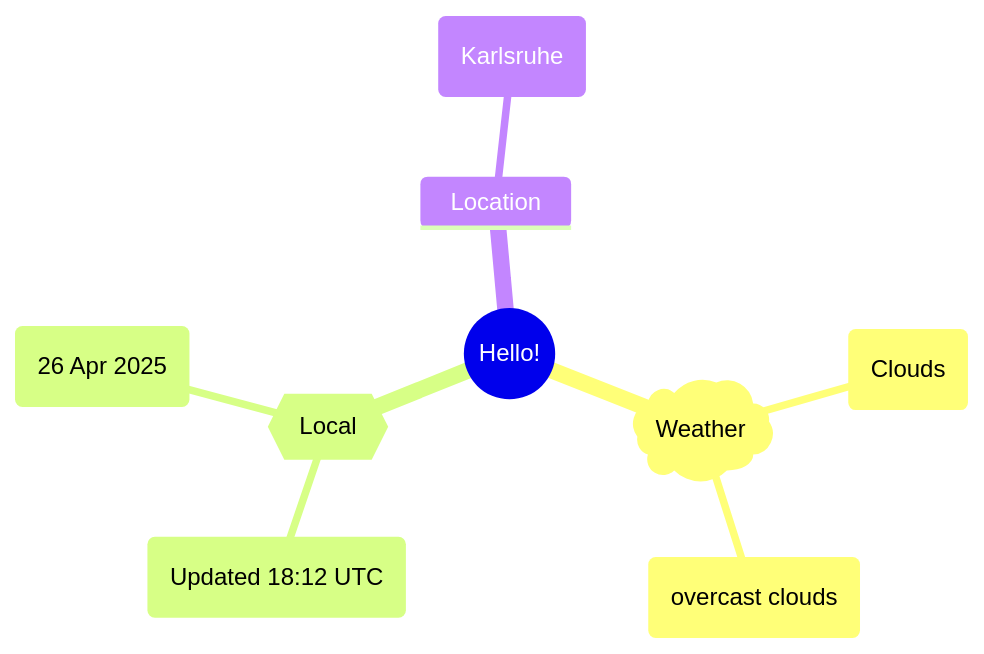
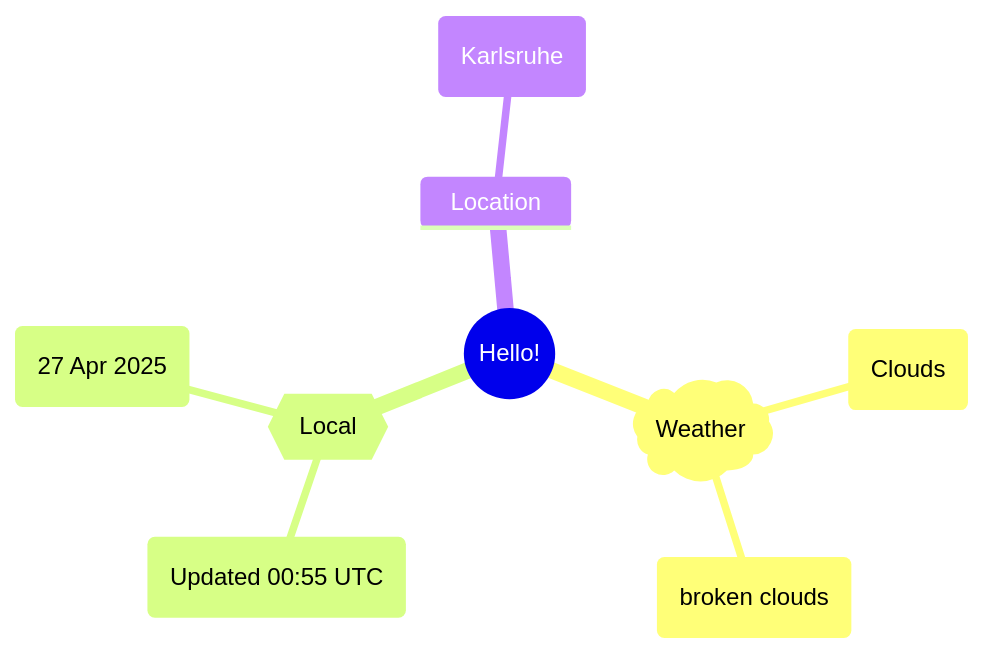
Before and after one commit to Xosrov/Xosrov: the first of 2 diagrams in README.md, drawn with Mermaid.

Commit message:
[bot] updated images

````diff
--- a/README.md
+++ b/README.md
@@ -3,12 +3,12 @@
 ```mermaid
 mindmap
   root((Hello!))
     )Weather(
         (Clouds)
-        (overcast clouds)
+        (broken clouds)
     {{Local}}
-        (Updated 18:12 UTC)
-        (26 Apr 2025)
+        (Updated 00:55 UTC)
+        (27 Apr 2025)
     Location
         (Karlsruhe)
 ```
````
